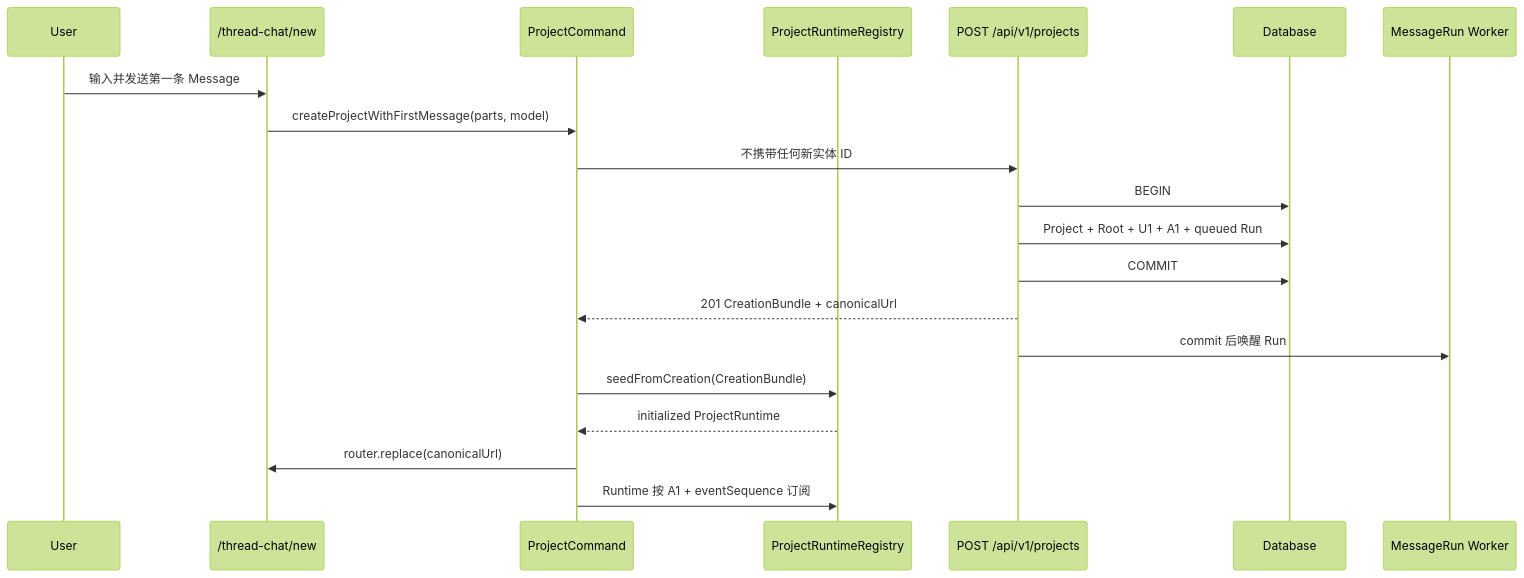
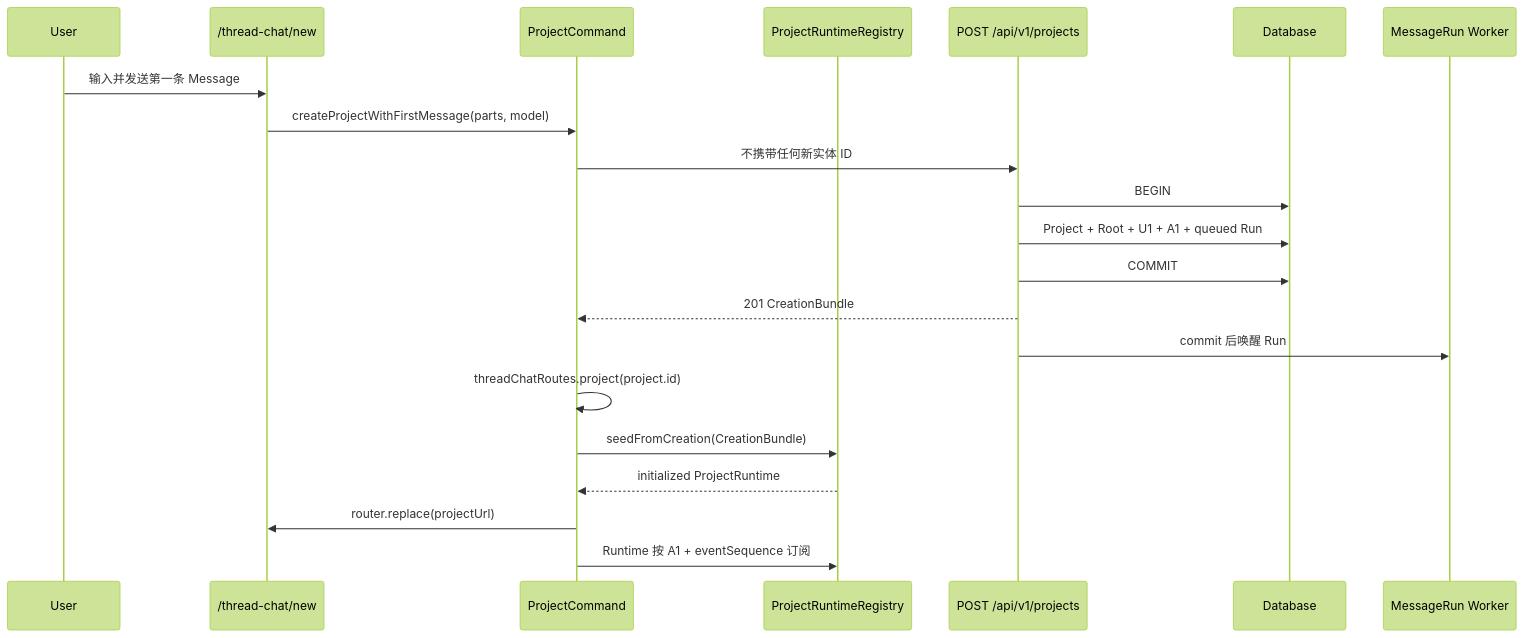
Before and after one commit to hifizz/thread-chatbot: the third of 3 diagrams in openspec/changes/design-thread-chat-client-api/design.md, drawn with Mermaid (forest theme). The commit also changed other lines of this file and 12 other files, not shown here.

Commit message:
docs(openspec): refine thread chat lifecycle design

````diff
--- a/openspec/changes/design-thread-chat-client-api/design.md
+++ b/openspec/changes/design-thread-chat-client-api/design.md
@@ -989,23 +1179,24 @@
 ```mermaid
 sequenceDiagram
     participant U as User
     participant UI as /thread-chat/new
     participant A as ProjectCommand
     participant Reg as ProjectRuntimeRegistry
     participant S as POST /api/v1/projects
     participant DB as Database
     participant W as MessageRun Worker
 
     U->>UI: 输入并发送第一条 Message
     UI->>A: createProjectWithFirstMessage(parts, model)
     A->>S: 不携带任何新实体 ID
     S->>DB: BEGIN
     S->>DB: Project + Root + U1 + A1 + queued Run
     S->>DB: COMMIT
-    S-->>A: 201 CreationBundle + canonicalUrl
+    S-->>A: 201 CreationBundle
     S->>W: commit 后唤醒 Run
+    A->>A: threadChatRoutes.project(project.id)
     A->>Reg: seedFromCreation(CreationBundle)
     Reg-->>A: initialized ProjectRuntime
-    A->>UI: router.replace(canonicalUrl)
+    A->>UI: router.replace(projectUrl)
     A->>Reg: Runtime 按 A1 + eventSequence 订阅
 ```
````
